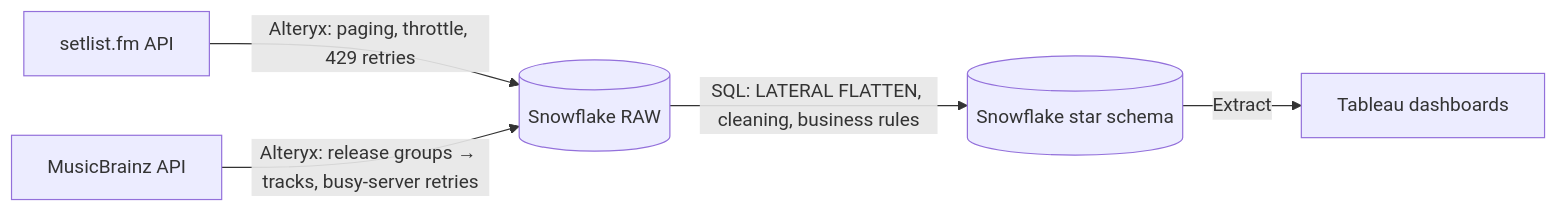
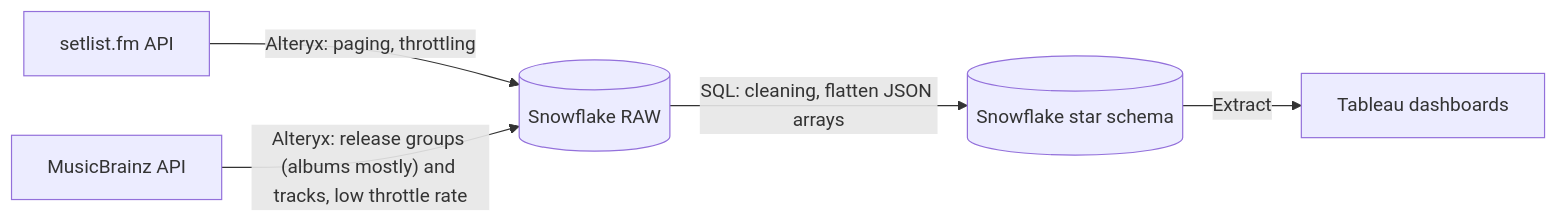
Before and after one commit to dserino1717/artist_analytics_project: the diagram in README.md, drawn with Mermaid. The commit also changed other lines of this file, not shown here.

````diff
--- a/README.md
+++ b/README.md
@@ -40,7 +40,7 @@
 ```mermaid
 flowchart LR
-    A[setlist.fm API] -->|Alteryx: paging, throttle, 429 retries| C[(Snowflake RAW)]
-    B[MusicBrainz API] -->|Alteryx: release groups → tracks, busy-server retries| C
-    C -->|SQL: LATERAL FLATTEN, cleaning, business rules| D[(Snowflake star schema)]
+    A[setlist.fm API] -->|"Alteryx: paging, throttling"| C[(Snowflake RAW)]
+    B[MusicBrainz API] -->|"Alteryx: release groups (albums mostly) and tracks, low throttle rate"| C
+    C -->|"SQL: cleaning, flatten JSON arrays"| D[(Snowflake star schema)]
     D -->|Extract| E[Tableau dashboards]
 ```
````
